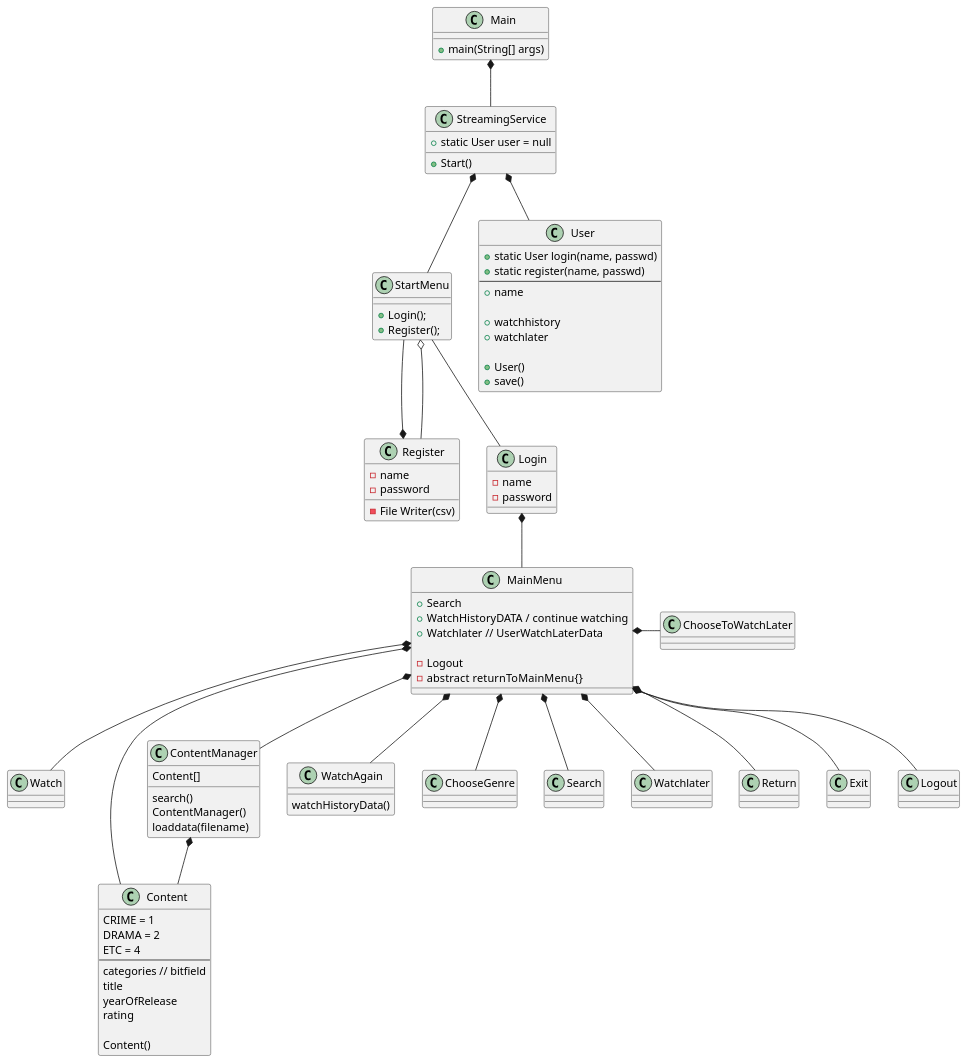
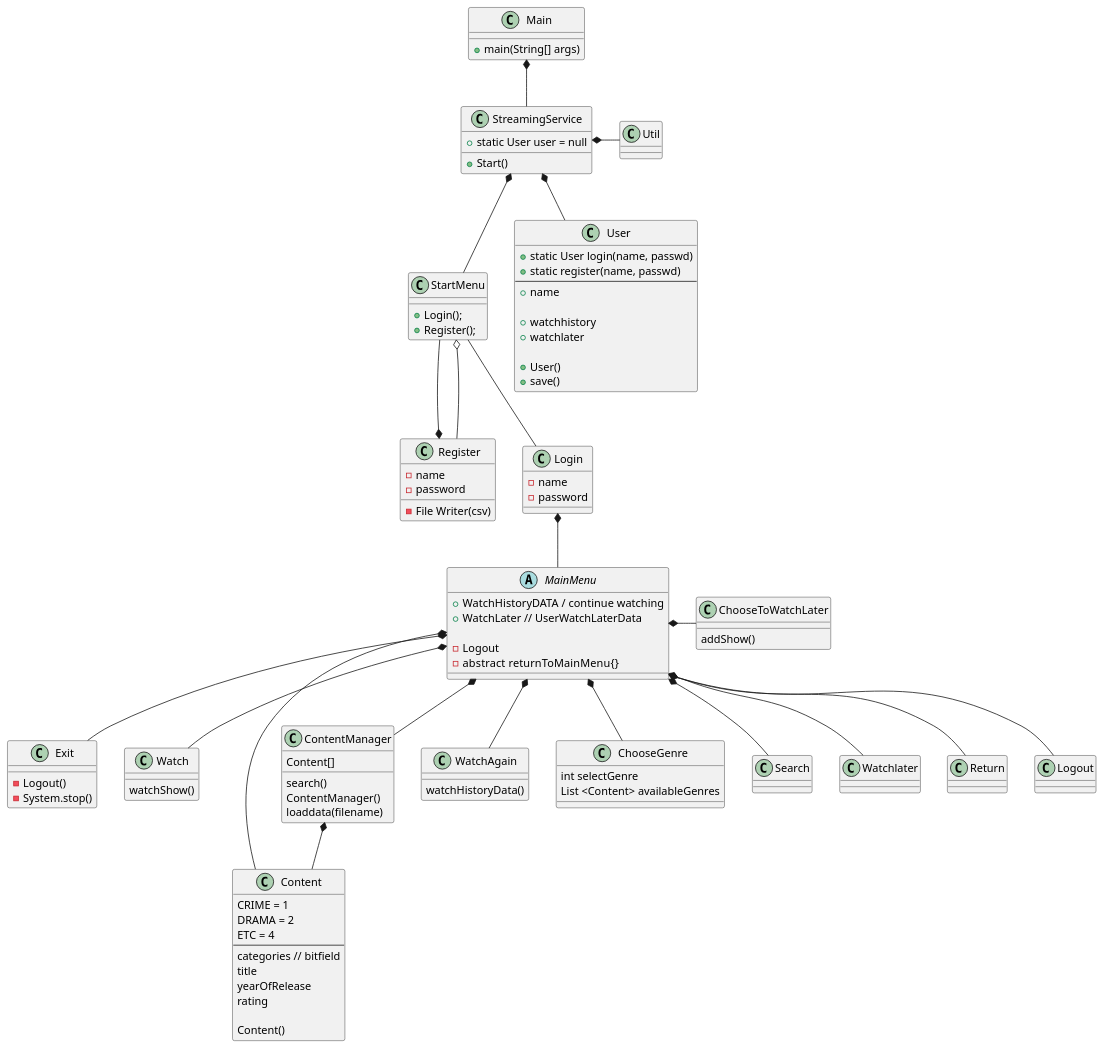
The diagram in streamingTjeneste/diagrams/ClassDiagram_V1.puml (olivermjmj/SP3_streamingTjeneste), drawn with PlantUML before and after one commit.

Commit message:
ClassDiagram_V2

```diff
--- a/streamingTjeneste/diagrams/ClassDiagram_V1.puml
+++ b/streamingTjeneste/diagrams/ClassDiagram_V1.puml
@@ -1,111 +1,120 @@
 @startuml
 'https://plantuml.com/class-diagram
 
 class Main {
     + main(String[] args)
 }
 
+class Exit {
+    - Logout()
+    - System.stop()
+
+}
 
 class StreamingService {
     + static User user = null
     + Start()
 }
 
 class StartMenu {
     + Login();
     + Register();
 }
 
 class Register {
     - name
     - password
     - File Writer(csv)
 }
 
 class Login{
     - name
     - password
 }
 
 class Watch {
+    watchShow()
 
 }
 
-class MainMenu{
-    + Search
+abstract class MainMenu{
+
+
     + WatchHistoryDATA / continue watching
-    + Watchlater // UserWatchLaterData
+    + WatchLater // UserWatchLaterData
 
     - Logout
     - abstract  returnToMainMenu{}
 }
 
 class User {
     + static User login(name, passwd)
     + static register(name, passwd)
     ---
     + name
 
     + watchhistory
     + watchlater
 
     + User()
     + save()
 }
 
 class Content {
     CRIME = 1
     DRAMA = 2
     ETC = 4
     ---
     categories // bitfield
     title
     yearOfRelease
     rating
 
     Content()
 }
 
 class ContentManager {
     Content[]
     search()
     ContentManager()
     loaddata(filename)
 }
 
 class ChooseToWatchLater {
-
+    addShow()
 }
 
 class WatchAgain {
     watchHistoryData()
 
 }
 
 class ChooseGenre {
-
+    int selectGenre
+    List <Content> availableGenres
 }
 
 StreamingService *-- User
 Main *-- StreamingService
 StreamingService *-- StartMenu
 StartMenu --* Register
 StartMenu o-- Register
 StartMenu -- Login
 
 Login *-- MainMenu
 MainMenu *-- Search
 MainMenu *-- Content
 MainMenu *-- ContentManager
 ContentManager *-- Content
 MainMenu *-- Watchlater
 MainMenu *-- WatchAgain
 MainMenu *--ChooseGenre
 
 MainMenu *- ChooseToWatchLater
 MainMenu *-- Watch
 MainMenu *-- Return
 MainMenu *-- Exit
 MainMenu *-- Logout
+StreamingService *- Util
 
 @enduml
```
